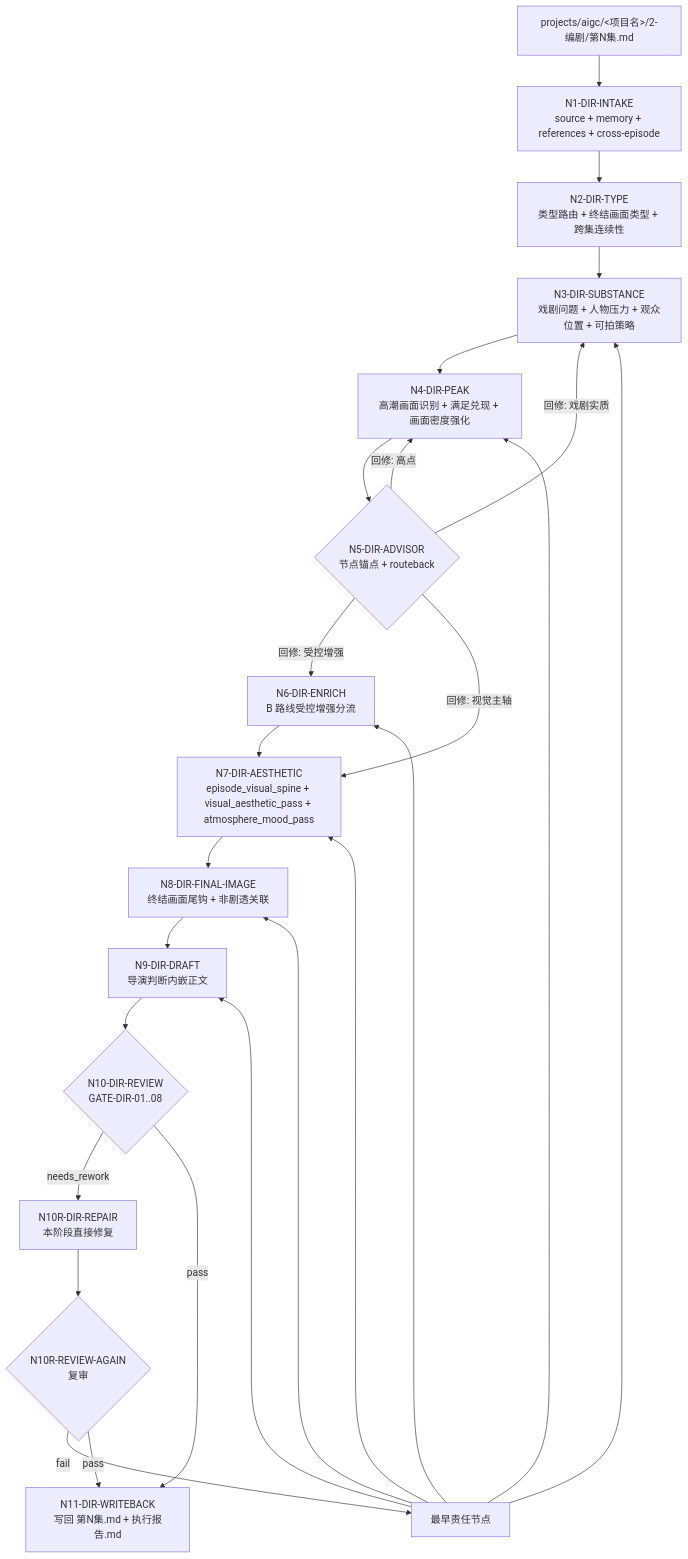
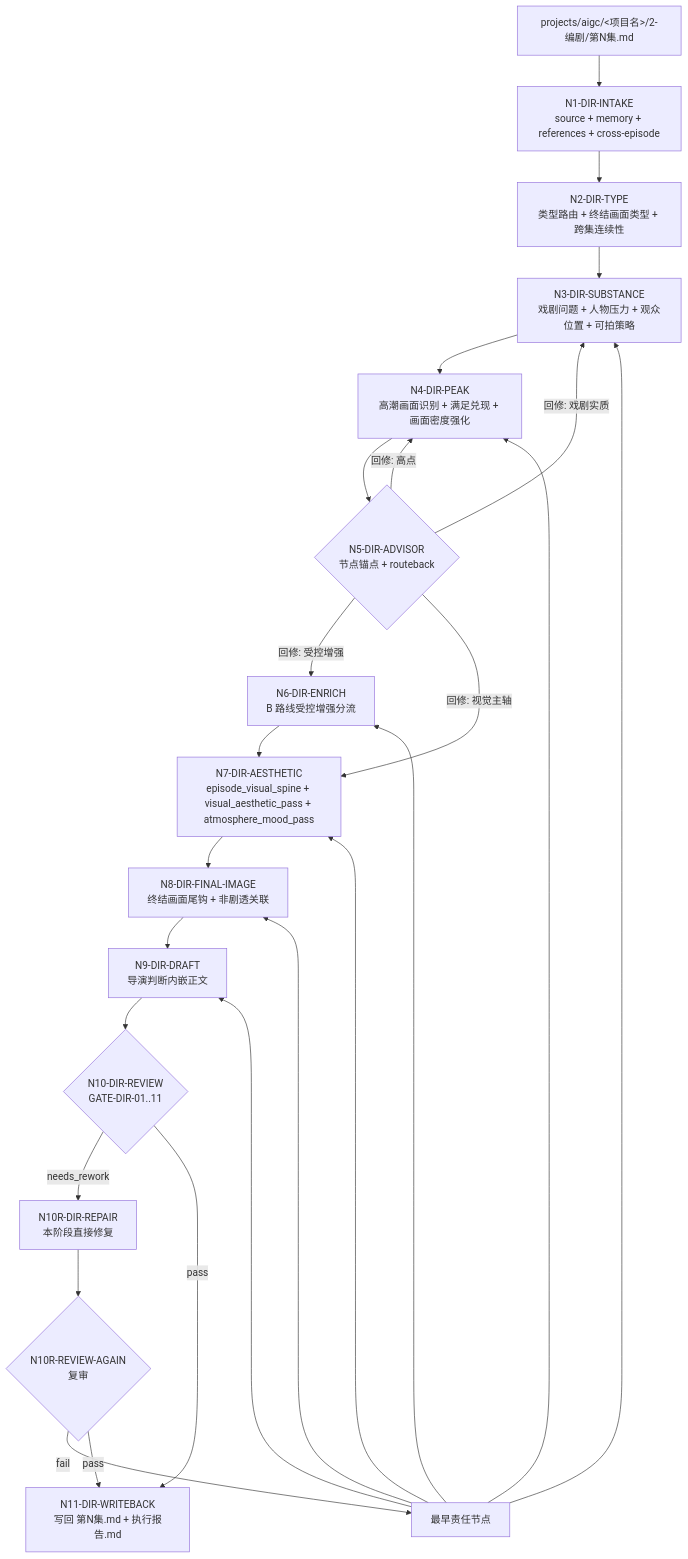
Before and after one commit to ZEN-VOID/AI-CUT: the first of 2 diagrams in .agents/skills/aigc/3-导演/SKILL.md, drawn with Mermaid. The commit also changed other lines of this file and 86 other files, not shown here.

````diff
--- a/.agents/skills/aigc/3-导演/SKILL.md
+++ b/.agents/skills/aigc/3-导演/SKILL.md
@@ -179,27 +184,27 @@
 ```mermaid
 flowchart TD
     A["projects/aigc/<项目名>/2-编剧/第N集.md"] --> B["N1-DIR-INTAKE\nsource + memory + references + cross-episode"]
     B --> C["N2-DIR-TYPE\n类型路由 + 终结画面类型 + 跨集连续性"]
     C --> D["N3-DIR-SUBSTANCE\n戏剧问题 + 人物压力 + 观众位置 + 可拍策略"]
     D --> P["N4-DIR-PEAK\n高潮画面识别 + 满足兑现 + 画面密度强化"]
     P --> AD{"N5-DIR-ADVISOR\n节点锚点 + routeback"}
     AD -->|"回修: 戏剧实质"| D
     AD -->|"回修: 高点"| P
     AD -->|"回修: 受控增强"| EN["N6-DIR-ENRICH\nB 路线受控增强分流"]
     AD -->|"回修: 视觉主轴"| VS["N7-DIR-AESTHETIC\nepisode_visual_spine + visual_aesthetic_pass + atmosphere_mood_pass"]
     EN --> VS
     VS --> FI["N8-DIR-FINAL-IMAGE\n终结画面尾钩 + 非剧透关联"]
     FI --> M["N9-DIR-DRAFT\n导演判断内嵌正文"]
-    M --> R{"N10-DIR-REVIEW\nGATE-DIR-01..08"}
+    M --> R{"N10-DIR-REVIEW\nGATE-DIR-01..11"}
     R -->|"needs_rework"| RR["N10R-DIR-REPAIR\n本阶段直接修复"]
     RR --> R2{"N10R-REVIEW-AGAIN\n复审"}
     R2 -->|"fail"| RB["最早责任节点"]
     RB --> D
     RB --> P
     RB --> EN
     RB --> VS
     RB --> FI
     RB --> M
     R2 -->|"pass"| W["N11-DIR-WRITEBACK\n写回 第N集.md + 执行报告.md"]
     R -->|"pass"| W
 ```
````
